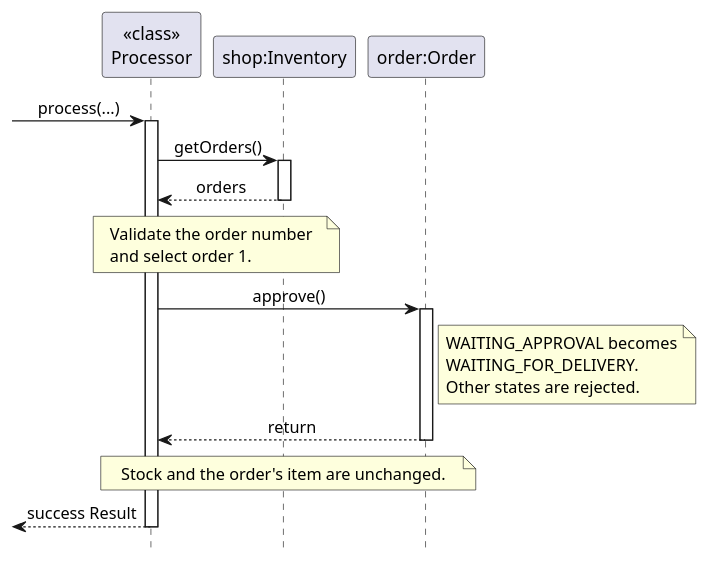
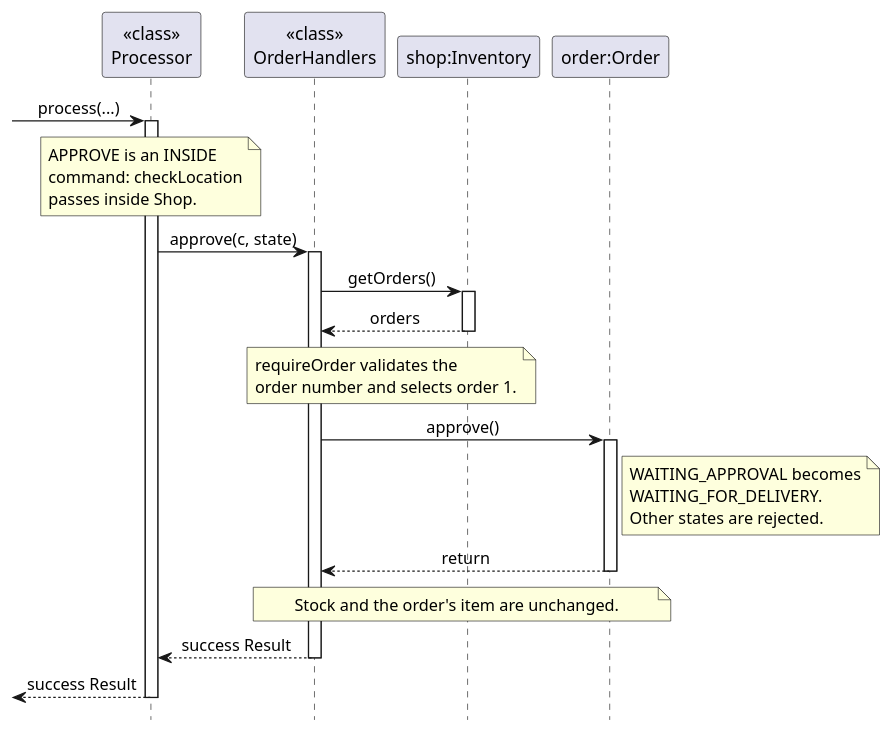
One commit to AY2627S1-CS2113-W14-4/tp changed the diagram in docs/diagrams/OrderApprovalSequence.puml. Above: the diagram before and after it, drawn with PlantUML. The commit also changed 14 other files, not shown here.

Commit message:
Split Processor into per-domain handlers

```diff
--- a/docs/diagrams/OrderApprovalSequence.puml
+++ b/docs/diagrams/OrderApprovalSequence.puml
@@ -1,34 +1,44 @@
 @startuml
 hide footbox
 skinparam sequenceMessageAlign center
 
 participant "<<class>>\nProcessor" as Processor
+participant "<<class>>\nOrderHandlers" as Handlers
 participant "shop:Inventory" as Inventory
 participant "order:Order" as Order
 
 [-> Processor : process(...)
 activate Processor
-Processor -> Inventory : getOrders()
+note over Processor
+    APPROVE is an INSIDE
+    command: checkLocation
+    passes inside Shop.
+end note
+Processor -> Handlers : approve(c, state)
+activate Handlers
+Handlers -> Inventory : getOrders()
 activate Inventory
-Inventory --> Processor : orders
+Inventory --> Handlers : orders
 deactivate Inventory
-note over Processor, Inventory
-    Validate the order number
-    and select order 1.
+note over Handlers, Inventory
+    requireOrder validates the
+    order number and selects order 1.
 end note
 
-Processor -> Order : approve()
+Handlers -> Order : approve()
 activate Order
 note right of Order
     WAITING_APPROVAL becomes
     WAITING_FOR_DELIVERY.
     Other states are rejected.
 end note
-Order --> Processor : return
+Order --> Handlers : return
 deactivate Order
-note over Processor, Order
+note over Handlers, Order
     Stock and the order's item are unchanged.
 end note
+Handlers --> Processor : success Result
+deactivate Handlers
 [<-- Processor : success Result
 deactivate Processor
 @enduml
```
